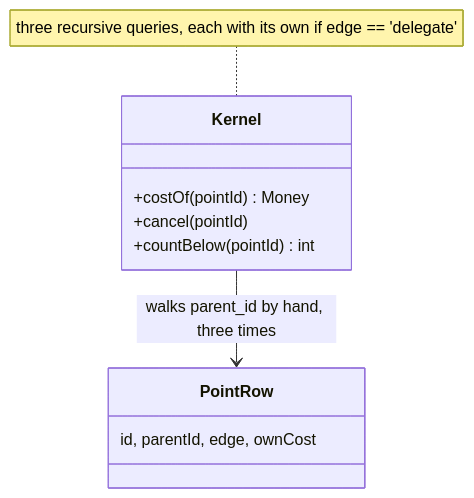
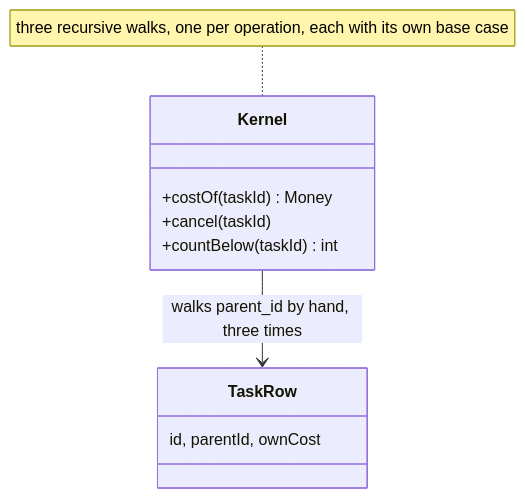
Diagram 11 of 16 in docs/ARCHITECTURE.md (ziyangliu-666/lumen-next), drawn with Mermaid before and after one commit. The commit also changed other lines of this file and 25 other files, not shown here.

First line of the commit message:
contract: a task, not a point, and a tree, not a graph

````diff
--- a/docs/ARCHITECTURE.md
+++ b/docs/ARCHITECTURE.md
@@ -593,13 +589,13 @@
 ```mermaid
 classDiagram
   class Kernel {
-    +costOf(pointId) Money
-    +cancel(pointId)
-    +countBelow(pointId) int
+    +costOf(taskId) Money
+    +cancel(taskId)
+    +countBelow(taskId) int
   }
-  class PointRow {
-    id, parentId, edge, ownCost
+  class TaskRow {
+    id, parentId, ownCost
   }
-  Kernel --> PointRow : walks parent_id by hand, three times
-  note for Kernel "three recursive queries, each with its own if edge == 'delegate'"
+  Kernel --> TaskRow : walks parent_id by hand, three times
+  note for Kernel "three recursive walks, one per operation, each with its own base case"
 ```
````
